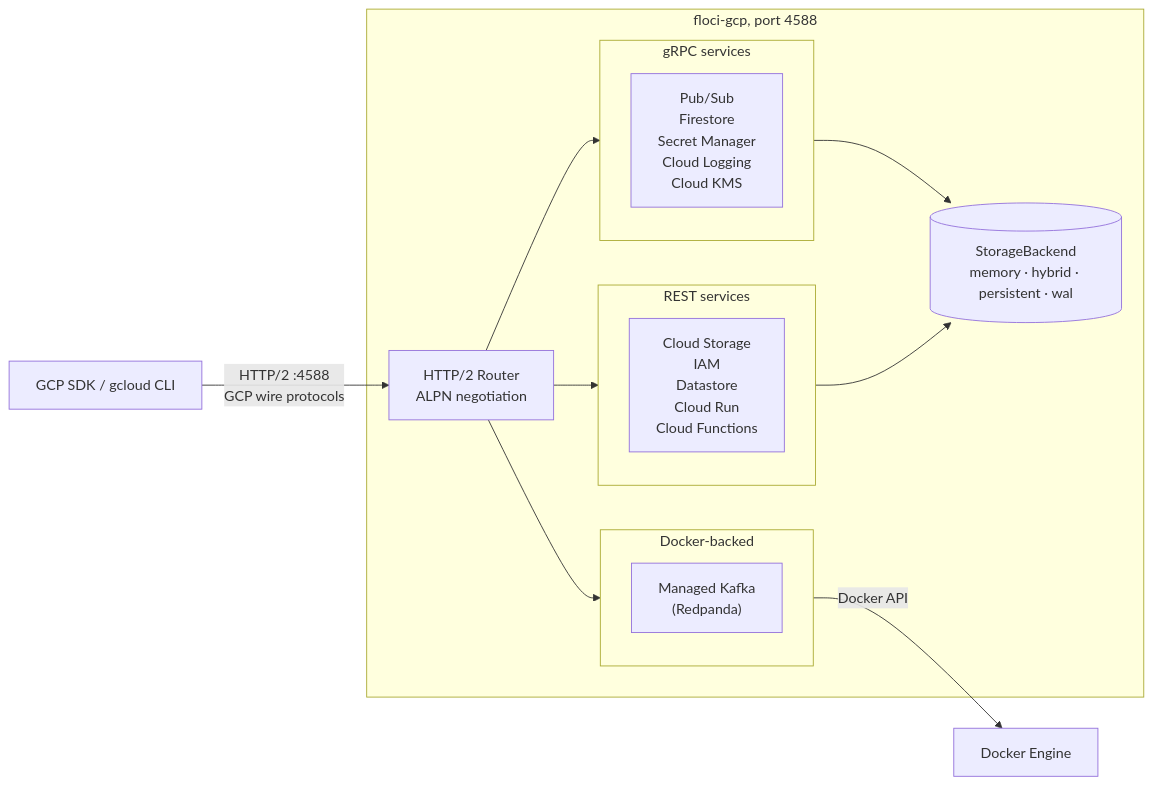
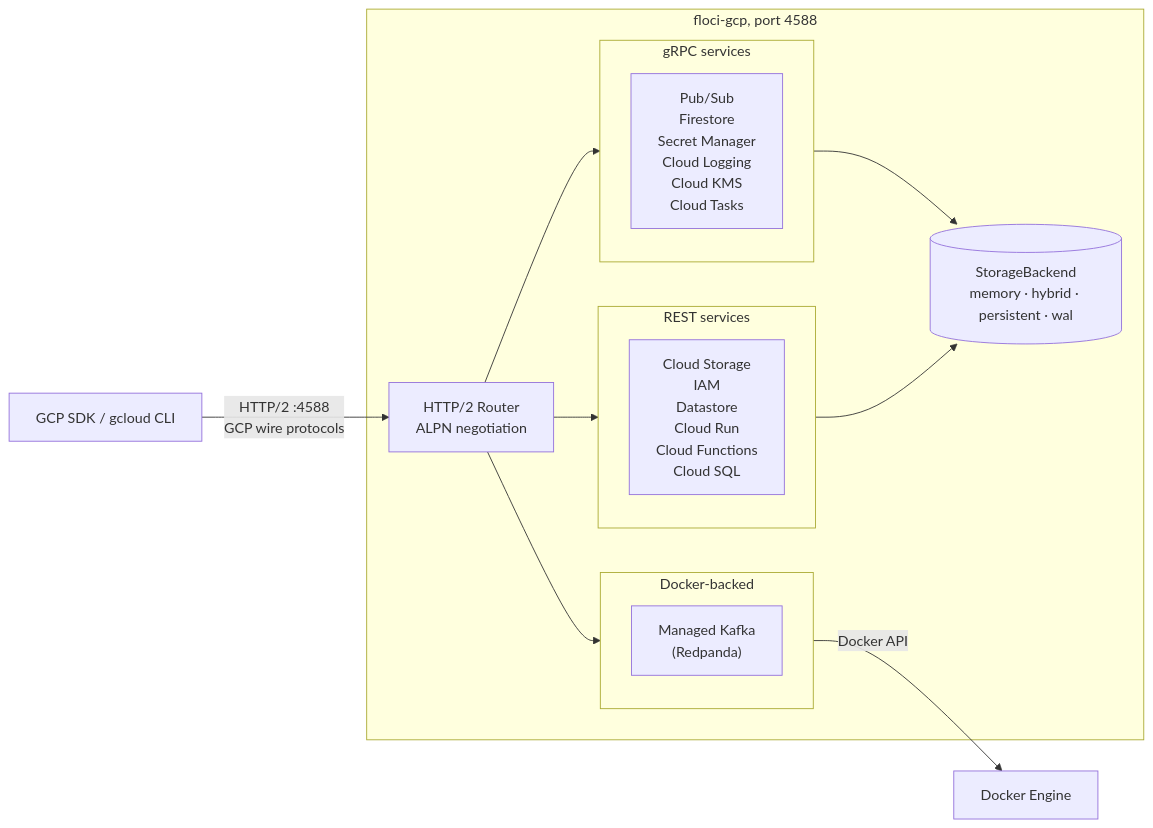
The diagram in README.md (floci-io/floci-gcp), drawn with Mermaid before and after one commit. The commit also changed other lines of this file and 4 other files, not shown here.

First line of the commit message:
docs: add Cloud Tasks page and document Cloud SQL, Logging and KMS

````diff
--- a/README.md
+++ b/README.md
@@ -145,29 +147,29 @@
 ```mermaid
 flowchart LR
     Client["GCP SDK / gcloud CLI"]
 
     subgraph FlociGCP ["floci-gcp, port 4588"]
         Router["HTTP/2 Router\nALPN negotiation"]
 
         subgraph GRPC ["gRPC services"]
-            A["Pub/Sub\nFirestore\nSecret Manager\nCloud Logging\nCloud KMS"]
+            A["Pub/Sub\nFirestore\nSecret Manager\nCloud Logging\nCloud KMS\nCloud Tasks"]
         end
 
         subgraph REST ["REST services"]
-            B["Cloud Storage\nIAM\nDatastore\nCloud Run\nCloud Functions"]
+            B["Cloud Storage\nIAM\nDatastore\nCloud Run\nCloud Functions\nCloud SQL"]
         end
 
         subgraph Docker ["Docker-backed"]
             C["Managed Kafka\n(Redpanda)"]
         end
 
         Router --> GRPC
         Router --> REST
         Router --> Docker
         GRPC & REST --> Store[("StorageBackend\nmemory · hybrid · persistent · wal")]
     end
 
     DockerEngine["Docker Engine"]
     Client -->|"HTTP/2 :4588\nGCP wire protocols"| Router
     Docker -->|"Docker API"| DockerEngine
 ```
````
